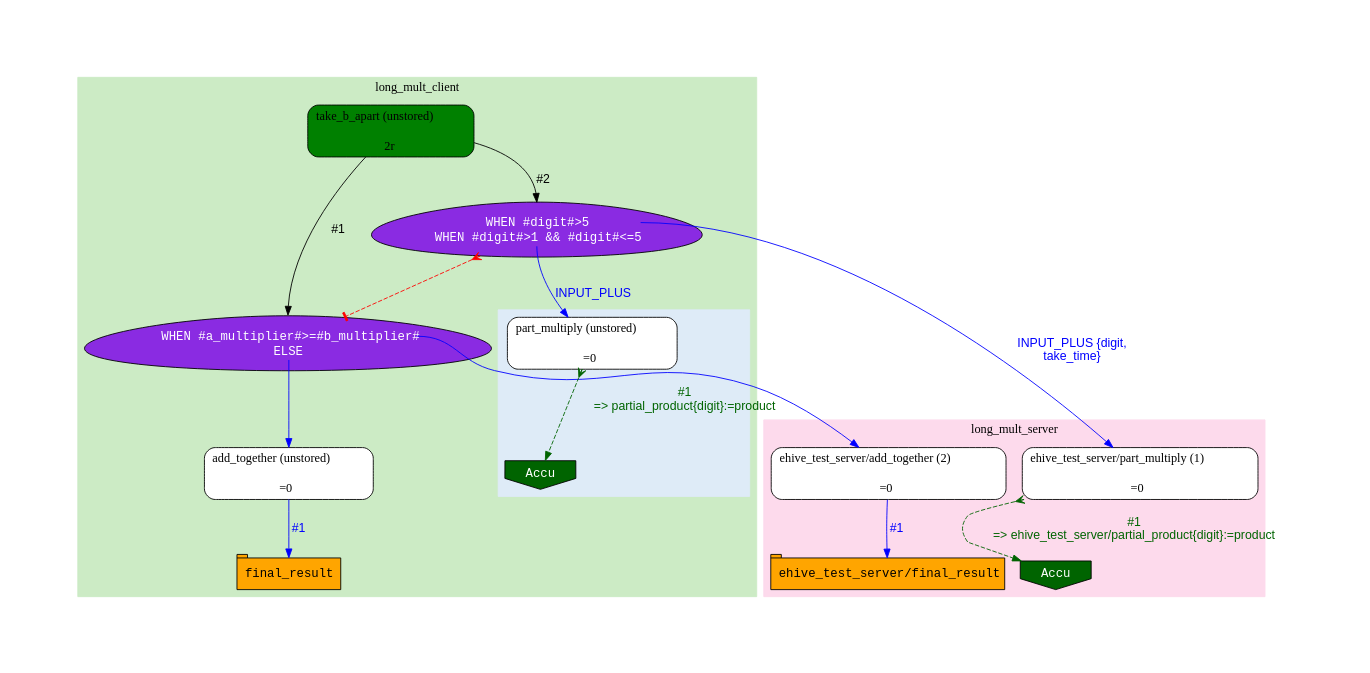
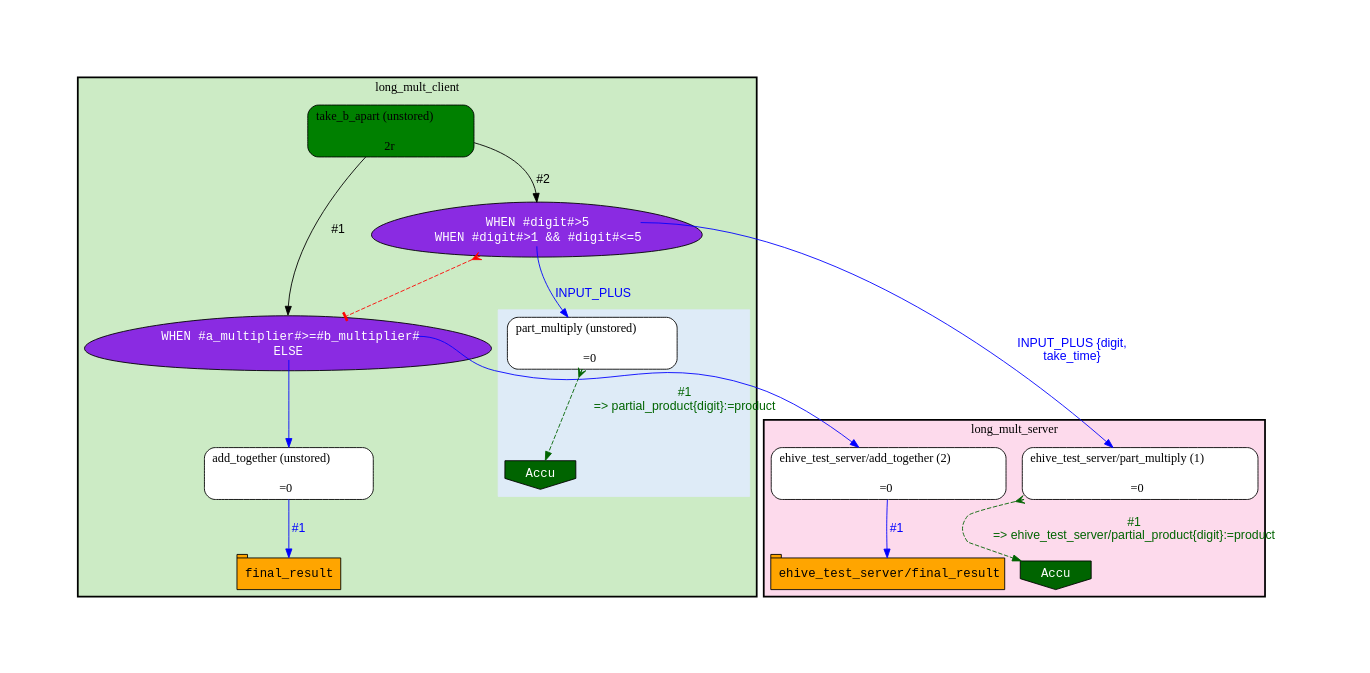
One commit to Ensembl/ensembl-hive changed the diagram in t/03.scripts/generate_graph/LongMult::PipeConfig::LongMultClient_conf.unstored.dot. Above: the diagram before and after it, drawn with Graphviz. The commit also changed 10 other files, not shown here.

```diff
--- a/t/03.scripts/generate_graph/LongMult::PipeConfig::LongMultClient_conf.unstored.dot
+++ b/t/03.scripts/generate_graph/LongMult::PipeConfig::LongMultClient_conf.unstored.dot
@@ -1,55 +1,56 @@
 digraph test {
 	ratio="compress"; concentrate = "true"; name = "AnalysisWorkflow"; pad = "1.0";
 	analysis_take_b_apart [fillcolor="green", fontname="Times-Roman", label=<<table border="0" cellborder="0" cellspacing="0" cellpadding="1"><tr><td colspan="1">take_b_apart (unstored)</td></tr><tr><td colspan="1"> </td></tr><tr><td bgcolor="green" width="100%">2r</td></tr></table>>, shape="Mrecord", style="filled"];
 	dfr_p1_mp [fillcolor="blueviolet", fontcolor="white", fontname="Courier", label=<<table border="0" cellborder="0" cellspacing="0" cellpadding="1">i<tr><td></td></tr><tr><td port="cond_0">WHEN #a_multiplier#&gt;=#b_multiplier#</td></tr><tr><td port="cond_1">ELSE</td></tr></table>>, shape="egg", style="filled"];
 	foreign_analysis_ehive_test_server__add_together [fillcolor="white", fontname="Times-Roman", label=<<table border="0" cellborder="0" cellspacing="0" cellpadding="1"><tr><td colspan="1">ehive_test_server/add_together (2)</td></tr><tr><td colspan="1"> </td></tr><tr><td>=0</td></tr></table>>, shape="Mrecord", style="filled"];
 	table_ehive_test_server__final_result [fillcolor="orange", fontcolor="black", fontname="Courier", label=<<table border="0" cellborder="0" cellspacing="0" cellpadding="1"><tr><td colspan="1">ehive_test_server/final_result</td></tr></table>>, shape="tab", style="filled"];
 	analysis_add_together [fillcolor="white", fontname="Times-Roman", label=<<table border="0" cellborder="0" cellspacing="0" cellpadding="1"><tr><td colspan="1">add_together (unstored)</td></tr><tr><td colspan="1"> </td></tr><tr><td>=0</td></tr></table>>, shape="Mrecord", style="filled"];
 	table_final_result [fillcolor="orange", fontcolor="black", fontname="Courier", label=<<table border="0" cellborder="0" cellspacing="0" cellpadding="1"><tr><td colspan="1">final_result</td></tr></table>>, shape="tab", style="filled"];
 	dfr_p2_mp [fillcolor="blueviolet", fontcolor="white", fontname="Courier", label=<<table border="0" cellborder="0" cellspacing="0" cellpadding="1">i<tr><td></td></tr><tr><td port="cond_0">WHEN #digit#&gt;5</td></tr><tr><td port="cond_1">WHEN #digit#&gt;1 &amp;&amp; #digit#&lt;=5</td></tr></table>>, shape="egg", style="filled"];
 	foreign_analysis_ehive_test_server__part_multiply [fillcolor="white", fontname="Times-Roman", label=<<table border="0" cellborder="0" cellspacing="0" cellpadding="1"><tr><td colspan="1">ehive_test_server/part_multiply (1)</td></tr><tr><td colspan="1"> </td></tr><tr><td>=0</td></tr></table>>, shape="Mrecord", style="filled"];
 	sink_long_mult_server [fillcolor="darkgreen", fontcolor="white", fontname="Courier", label="Accu", shape="invhouse", style="filled"];
 	analysis_part_multiply [fillcolor="white", fontname="Times-Roman", label=<<table border="0" cellborder="0" cellspacing="0" cellpadding="1"><tr><td colspan="1">part_multiply (unstored)</td></tr><tr><td colspan="1"> </td></tr><tr><td>=0</td></tr></table>>, shape="Mrecord", style="filled"];
 	sink_dfr_p1_mp [fillcolor="darkgreen", fontcolor="white", fontname="Courier", label="Accu", shape="invhouse", style="filled"];
 	analysis_add_together -> table_final_result [color="blue", fontcolor="blue", fontname="Helvetica", label="#1\n"];
 	analysis_part_multiply -> sink_dfr_p1_mp [arrowtail="crow", color="darkgreen", dir="both", fontcolor="darkgreen", fontname="Helvetica", label="#1\n=> partial_product{digit}:=product", style="dashed"];
 	analysis_take_b_apart -> dfr_p1_mp [arrowhead="normal", color="black", fontcolor="black", fontname="Helvetica", headport="n", label="#1"];
 	analysis_take_b_apart -> dfr_p2_mp [arrowhead="normal", color="black", fontcolor="black", fontname="Helvetica", headport="n", label="#2"];
 	dfr_p1_mp -> analysis_add_together [color="blue", fontcolor="blue", fontname="Helvetica", label="\n", tailport="cond_1"];
 	dfr_p1_mp -> foreign_analysis_ehive_test_server__add_together [color="blue", fontcolor="blue", fontname="Helvetica", label="\n", tailport="cond_0"];
 	dfr_p2_mp -> analysis_part_multiply [color="blue", fontcolor="blue", fontname="Helvetica", label="\nINPUT_PLUS ", tailport="cond_1"];
 	dfr_p2_mp -> dfr_p1_mp [arrowhead="tee", arrowtail="crow", color="red", dir="both", style="dashed"];
 	dfr_p2_mp -> foreign_analysis_ehive_test_server__part_multiply [color="blue", fontcolor="blue", fontname="Helvetica", label="\nINPUT_PLUS {digit,\ntake_time}", tailport="cond_0"];
 	foreign_analysis_ehive_test_server__add_together -> table_ehive_test_server__final_result [color="blue", fontcolor="blue", fontname="Helvetica", label="#1\n"];
 	foreign_analysis_ehive_test_server__part_multiply -> sink_long_mult_server [arrowtail="crow", color="darkgreen", dir="both", fontcolor="darkgreen", fontname="Helvetica", label="#1\n=> ehive_test_server/partial_product{digit}:=product", style="dashed"];
 
 subgraph cluster_long_mult_client {
 	label="long_mult_client";
-	style=filled;
+	style="bold,filled";
 	colorscheme=pastel19;
-	color=3;
+	fillcolor=3;
 	analysis_take_b_apart;
 	dfr_p1_mp;
 	subgraph cluster_cl_dfr_p1_mp {
 		label="";
-		style=filled;
+		style="filled";
 		colorscheme=blues9;
+		fillcolor=2;
 		color=2;
 		analysis_part_multiply;
 		sink_dfr_p1_mp;
 	}
 	dfr_p2_mp;
 	analysis_add_together;
 	table_final_result;
 }
 subgraph cluster_long_mult_server {
 	label="long_mult_server";
-	style=filled;
+	style="bold,filled";
 	colorscheme=pastel19;
-	color=8;
+	fillcolor=8;
 	foreign_analysis_ehive_test_server__add_together;
 	table_ehive_test_server__final_result;
 	foreign_analysis_ehive_test_server__part_multiply;
 	sink_long_mult_server;
 }
 }
```
